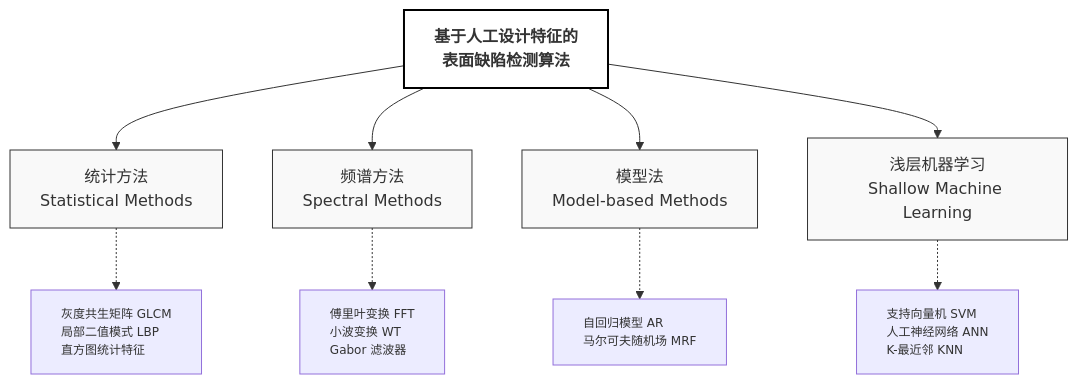
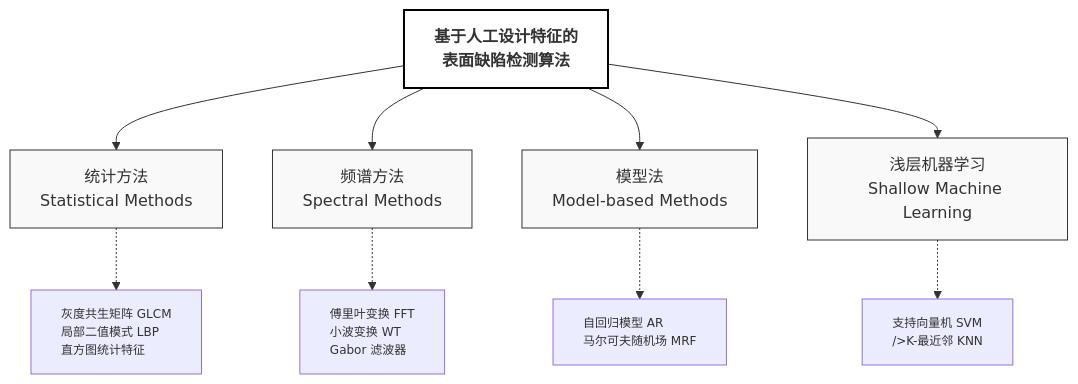
Before and after one commit to MAOSHENGsong/iodraw-files: the diagram in all/未命名-1.md, drawn with Mermaid.

Commit message:
2026-03-17 18:21:10 update

````diff
--- a/all/未命名-1.md
+++ b/all/未命名-1.md
@@ -1,43 +1,43 @@
 ```mermaid
 graph TB
     %% 核心标题
     Main[
     基于人工设计特征的
     表面缺陷检测算法] 
     
     %% 第一层级：四大分支
     Statistical[统计方法<br/>Statistical Methods]
     Spectral[频谱方法<br/>Spectral Methods]
     Model[模型法<br/>Model-based Methods]
     Machine[浅层机器学习<br/>Shallow Machine Learning]
 
     %% 第二层级：典型算法
     Sub_Stat[灰度共生矩阵 GLCM<br/>局部二值模式 LBP<br/>直方图统计特征]
     Sub_Spec[傅里叶变换 FFT<br/>小波变换 WT<br/>Gabor 滤波器]
     Sub_Mod[自回归模型 AR<br/>马尔可夫随机场 MRF<br/>]
-    Sub_Mach[支持向量机 SVM<br/>人工神经网络 ANN<br/>K-最近邻 KNN]
+    Sub_Mach[支持向量机 SVM<br/>/>K-最近邻 KNN]
 
     %% 建立连接
     Main --> Statistical
     Main --> Spectral
     Main --> Model
     Main --> Machine
 
     Statistical -.-> Sub_Stat
     Spectral -.-> Sub_Spec
     Model -.-> Sub_Mod
     Machine -.-> Sub_Mach
 
     %% 样式美化：论文通常使用白底黑字或淡色调
     style Main fill:#ffffff,stroke:#000,stroke-width:2px,font-weight:bold
     style Statistical fill:#f9f9f9,stroke:#333,stroke-width:1px
     style Spectral fill:#f9f9f9,stroke:#333,stroke-width:1px
     style Model fill:#f9f9f9,stroke:#333,stroke-width:1px
     style Machine fill:#f9f9f9,stroke:#333,stroke-width:1px
     
     %% 细化子项样式
     style Sub_Stat font-size:12px,text-align:left
     style Sub_Spec font-size:12px,text-align:left
     style Sub_Mod font-size:12px,text-align:left
     style Sub_Mach font-size:12px,text-align:left
 ```
````
